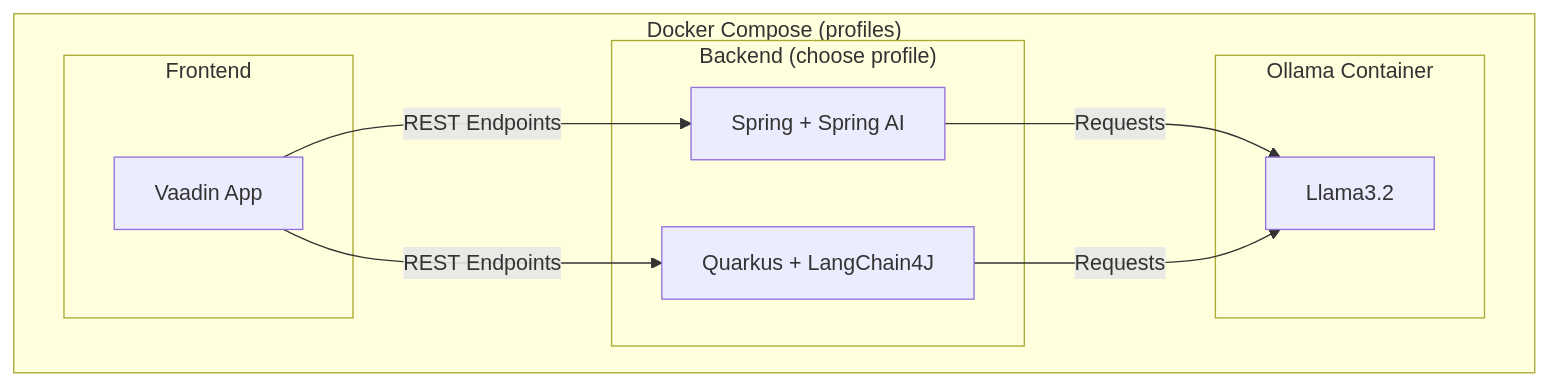
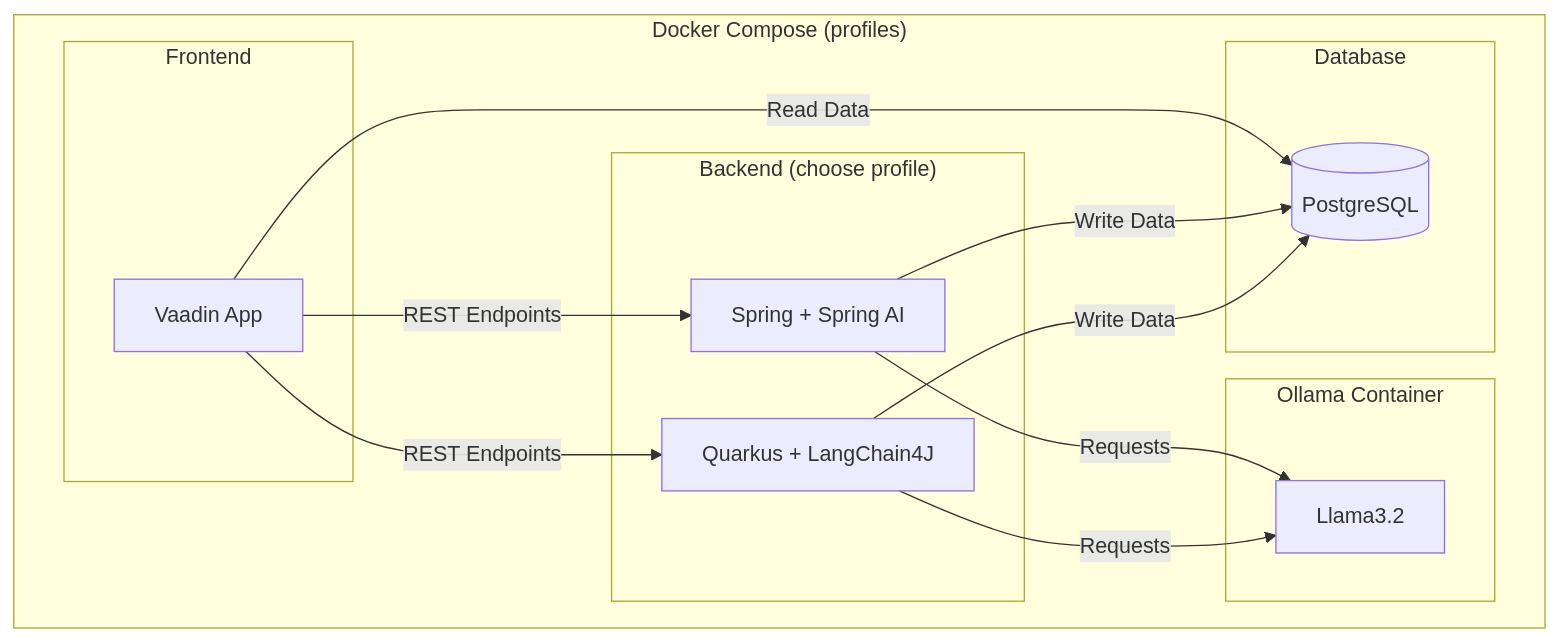
One commit to JohannesRabauer/spring-vs-quarkus-ai changed the diagram in README.md. Above: the diagram before and after it, drawn with Mermaid.

````diff
--- a/README.md
+++ b/README.md
@@ -25,24 +25,31 @@
 ```mermaid
 flowchart TD
     subgraph DockerCompose["Docker Compose (profiles)"]
         subgraph Frontend["Frontend"]
             Vaadin["Vaadin App"]
         end
 
         subgraph Backend["Backend (choose profile)"]
             Spring["Spring + Spring AI"]
             Quarkus["Quarkus + LangChain4J"]
         end
 
         subgraph Ollama["Ollama Container"]
             Llama["Llama3.2"]
         end
+
+        subgraph Database["Database"]
+            Postgres[(PostgreSQL)]
+        end
     end
 
     %% Connections
     Vaadin -->|REST Endpoints| Spring
     Vaadin -->|REST Endpoints| Quarkus
+    Vaadin -->|Read Data| Postgres
 
     Spring -->|Requests| Llama
+    Spring -->|Write Data| Postgres
     Quarkus -->|Requests| Llama
+    Quarkus -->|Write Data| Postgres
 ```
````
